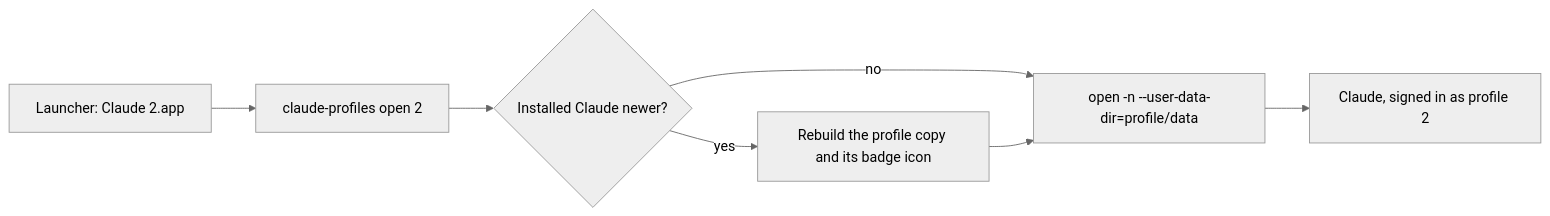
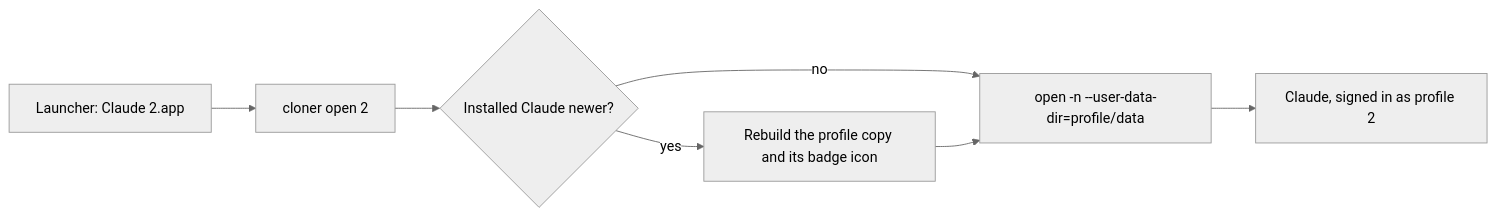
Before and after one commit to francoCosimo95/claude-cloner: the diagram in README.md, drawn with Mermaid (neutral theme). The commit also changed other lines of this file and 11 other files, not shown here.

Commit message:
Rename to claude-cloner, with the command now called cloner

````diff
--- a/README.md
+++ b/README.md
@@ -117,9 +117,9 @@
 ```mermaid
 flowchart LR
-    L["Launcher: Claude 2.app"] --> R["claude-profiles open 2"]
+    L["Launcher: Claude 2.app"] --> R["cloner open 2"]
     R --> C{"Installed Claude newer?"}
     C -- yes --> B["Rebuild the profile copy and its badge icon"]
     C -- no --> O
     B --> O["open -n --user-data-dir=profile/data"]
     O --> A["Claude, signed in as profile 2"]
 ```
````
